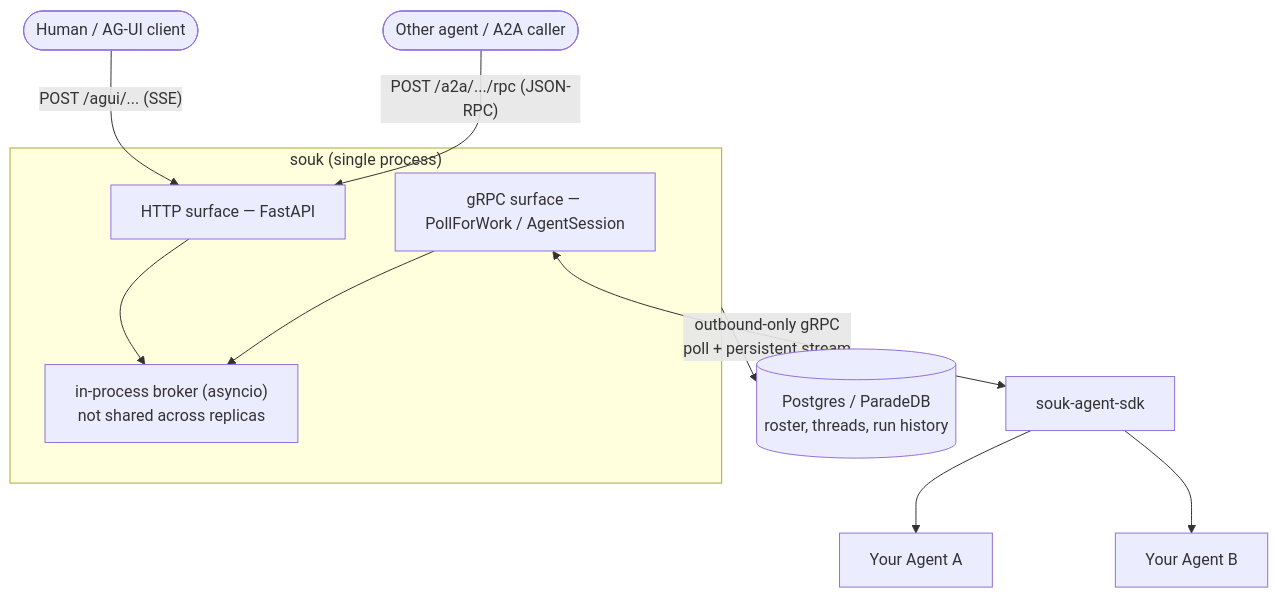
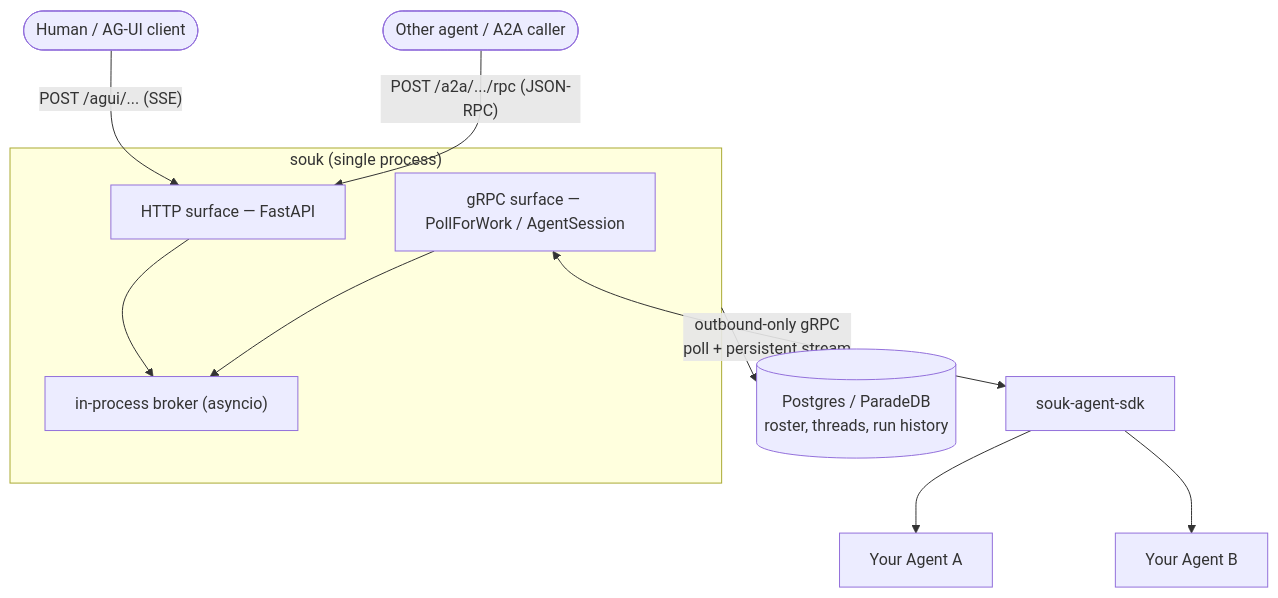
Before and after one commit to hukaichun/AgentSouk: the diagram in README.md, drawn with Mermaid. The commit also changed other lines of this file and 3 other files, not shown here.

````diff
--- a/README.md
+++ b/README.md
@@ -50,19 +43,19 @@
 ```mermaid
 graph TD
     Human([Human / AG-UI client]) -->|"POST /agui/... (SSE)"| HTTP
     Caller([Other agent / A2A caller]) -->|"POST /a2a/.../rpc (JSON-RPC)"| HTTP
 
     subgraph SoukProcess["souk (single process)"]
         HTTP["HTTP surface — FastAPI"]
         GRPC["gRPC surface — PollForWork / AgentSession"]
-        Broker["in-process broker (asyncio)<br/>not shared across replicas"]
+        Broker["in-process broker (asyncio)"]
         HTTP --> Broker
         GRPC --> Broker
     end
 
     SoukProcess --> DB[(Postgres / ParadeDB<br/>roster, threads, run history)]
 
     GRPC <-->|"outbound-only gRPC<br/>poll + persistent stream"| SDK[souk-agent-sdk]
     SDK --> AgentA[Your Agent A]
     SDK --> AgentB[Your Agent B]
 ```
````
